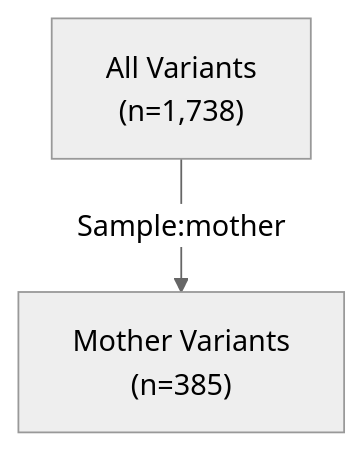
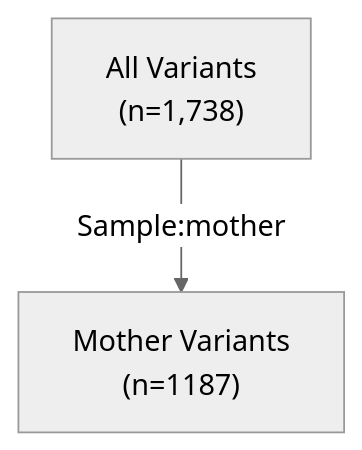
One commit to KarchinLab/oc_vignettes changed the second of 9 diagrams in filtering.qmd. Above: the diagram before and after it, drawn with Mermaid (neutral theme). The commit also changed other lines of this file and 17 other files, not shown here.

````diff
--- a/filtering.qmd
+++ b/filtering.qmd
@@ -41,5 +57,5 @@
 ```{mermaid}
 graph TD
   A["All Variants\n(n=1,738)"] --"Sample:mother"--> B
-  B["Mother Variants\n(n=385)"]
+  B["Mother Variants\n(n=1187)"]
 ```
````
